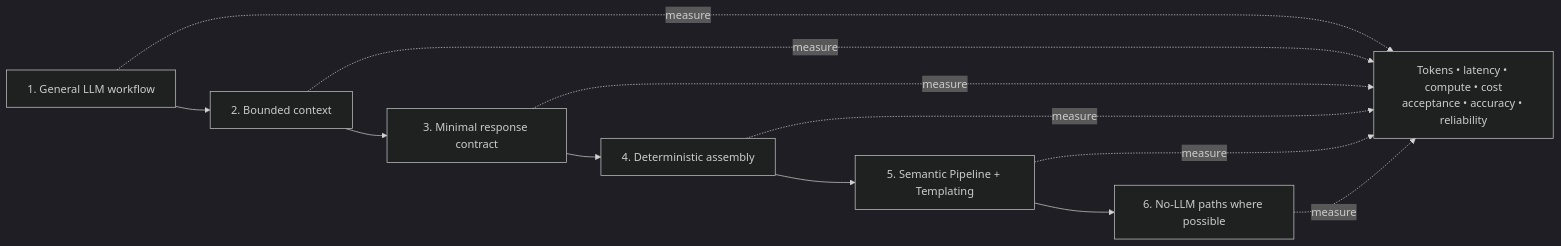
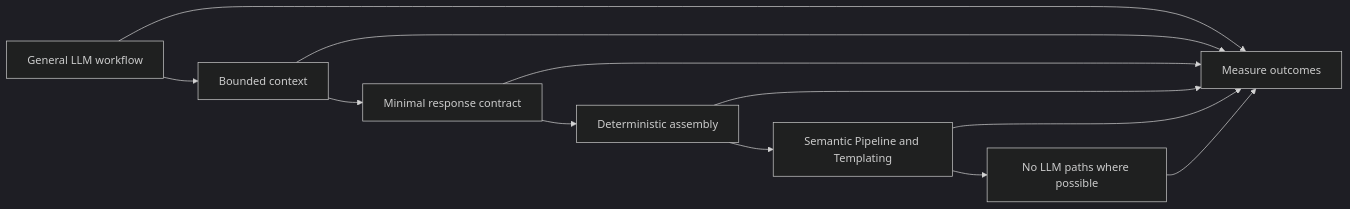
Before and after one commit to Augmentedjs/llm_efficiency: the sixth of 8 diagrams in README.md, drawn with Mermaid (dark theme). The commit also changed other lines of this file, not shown here.

Commit message:
Clean README and fix GitHub Mermaid rendering

````diff
--- a/README.md
+++ b/README.md
@@ -416,15 +291,14 @@
 ```mermaid
-flowchart LR
-    A["1. General LLM workflow"] --> B["2. Bounded context"]
-    B --> C["3. Minimal response contract"]
-    C --> D["4. Deterministic assembly"]
-    D --> E["5. Semantic Pipeline + Templating"]
-    E --> F["6. No-LLM paths where possible"]
-
-    A -. "measure" .-> M["Tokens • latency • compute • cost<br/>acceptance • accuracy • reliability"]
-    B -. "measure" .-> M
-    C -. "measure" .-> M
-    D -. "measure" .-> M
-    E -. "measure" .-> M
-    F -. "measure" .-> M
+graph LR;
+    A[General LLM workflow] --> B[Bounded context];
+    B --> C[Minimal response contract];
+    C --> D[Deterministic assembly];
+    D --> E[Semantic Pipeline and Templating];
+    E --> F[No LLM paths where possible];
+    A --> M[Measure outcomes];
+    B --> M;
+    C --> M;
+    D --> M;
+    E --> M;
+    F --> M;
 ```
````
